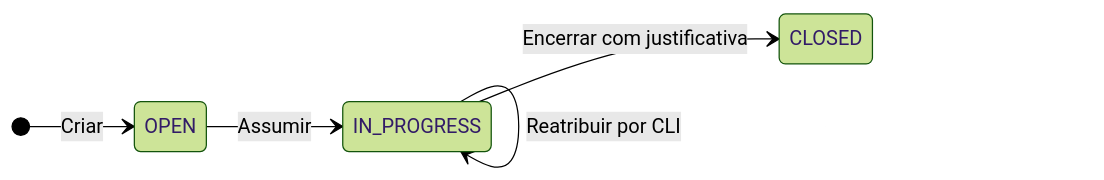
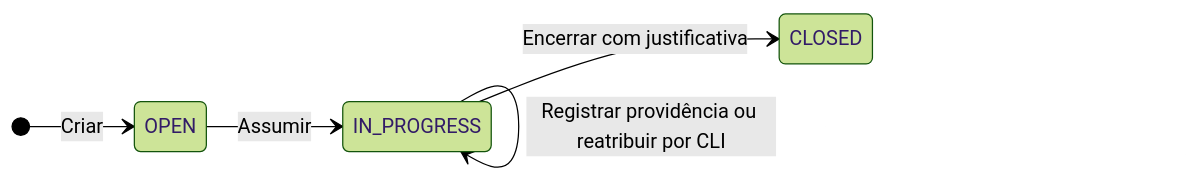
One commit to campos-labs/project-hub changed the first of 2 diagrams in docs/rfcs/007-fulfillflow/DESIGN.md. Above: the diagram before and after it, drawn with Mermaid (forest theme). The commit also changed other lines of this file, not shown here.

````diff
--- a/docs/rfcs/007-fulfillflow/DESIGN.md
+++ b/docs/rfcs/007-fulfillflow/DESIGN.md
@@ -42,9 +42,8 @@
 ```mermaid
 stateDiagram-v2
     direction LR
     [*] --> OPEN: Criar
     OPEN --> IN_PROGRESS: Assumir
-    IN_PROGRESS --> IN_PROGRESS: Registrar providência
-    IN_PROGRESS --> IN_PROGRESS: Reatribuir por CLI
+    IN_PROGRESS --> IN_PROGRESS: Registrar providência ou reatribuir por CLI
     IN_PROGRESS --> CLOSED: Encerrar com justificativa
 ```
````
